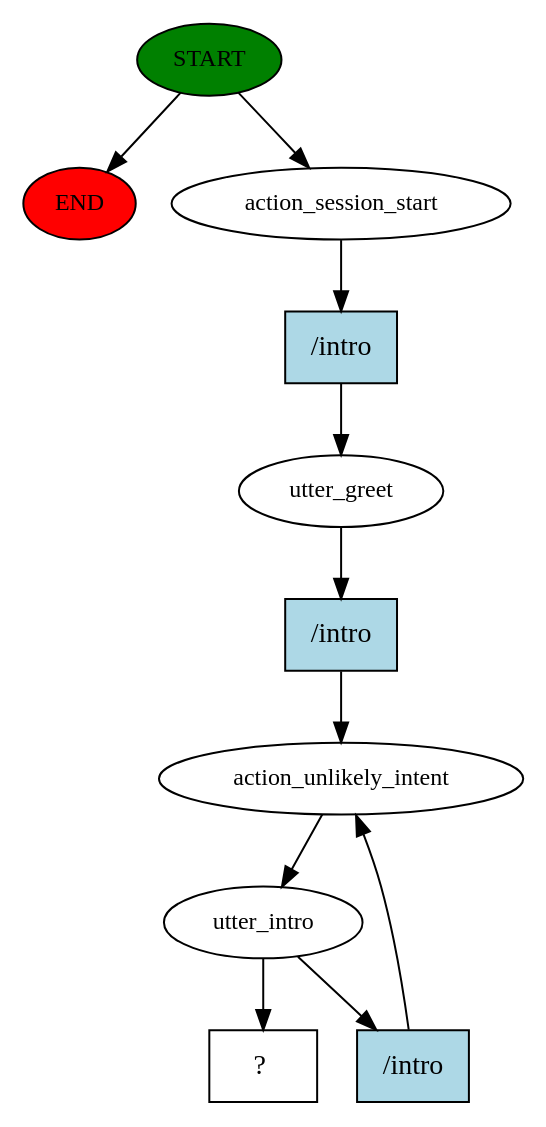
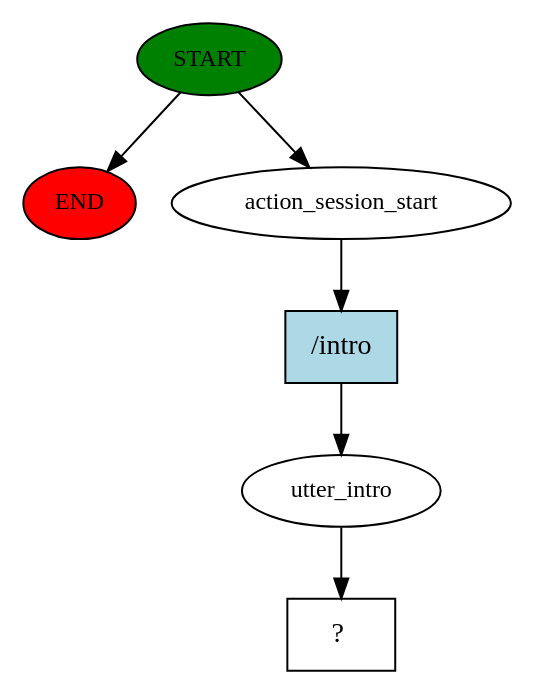
The diagram in rasa/story_graph.dot (shreshtha-132/chatterBox), drawn with Graphviz before and after one commit. The commit also changed 469 other files, not shown here.

```diff
--- a/rasa/story_graph.dot
+++ b/rasa/story_graph.dot
@@ -1,22 +1,13 @@
 digraph  {
 0 [class="start active", fillcolor=green, fontsize=12, label=START, style=filled];
 "-1" [class=end, fillcolor=red, fontsize=12, label=END, style=filled];
 1 [class=active, fontsize=12, label=action_session_start];
-2 [class=active, fontsize=12, label=utter_greet];
-3 [class=active, fontsize=12, label=action_unlikely_intent];
-4 [class=active, fontsize=12, label=utter_intro];
-9 [class="intent dashed active", label="  ?  ", shape=rect];
-10 [class="intent active", fillcolor=lightblue, label="/intro", shape=rect, style=filled];
-11 [class="intent active", fillcolor=lightblue, label="/intro", shape=rect, style=filled];
-12 [class="intent active", fillcolor=lightblue, label="/intro", shape=rect, style=filled];
+2 [class=active, fontsize=12, label=utter_intro];
+3 [class="intent dashed active", label="  ?  ", shape=rect];
+4 [class="intent active", fillcolor=lightblue, label="/intro", shape=rect, style=filled];
 0 -> "-1"  [class="", key=NONE, label=""];
 0 -> 1  [class=active, key=NONE, label=""];
-1 -> 10  [class=active, key=0];
-2 -> 11  [class=active, key=0];
-3 -> 4  [class=active, key=NONE, label=""];
-4 -> 9  [class=active, key=NONE, label=""];
-4 -> 12  [class=active, key=0];
-10 -> 2  [class=active, key=0];
-11 -> 3  [class=active, key=0];
-12 -> 3  [class=active, key=0];
+1 -> 4  [class=active, key=0];
+2 -> 3  [class=active, key=NONE, label=""];
+4 -> 2  [class=active, key=0];
 }
```
